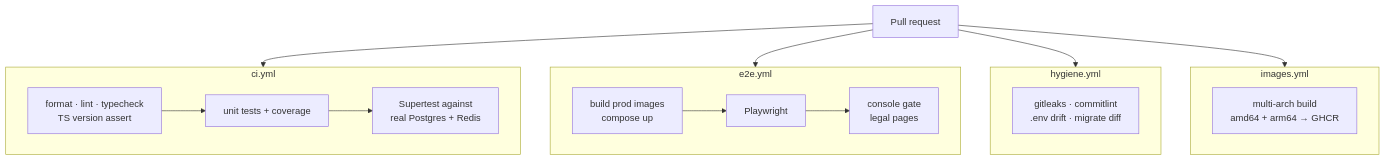
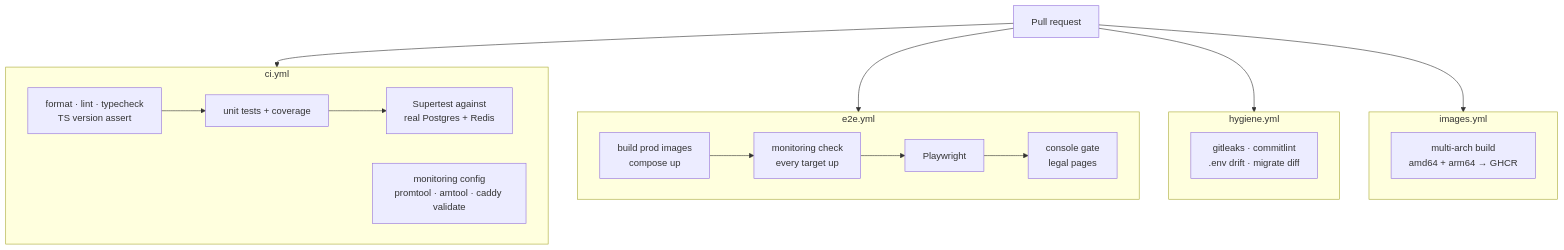
One commit to VictorBro/ft_transcendence changed the fifth of 6 diagrams in docs/ARCHITECTURE.md. Above: the diagram before and after it, drawn with Mermaid. The commit also changed other lines of this file and 77 other files, not shown here.

````diff
--- a/docs/ARCHITECTURE.md
+++ b/docs/ARCHITECTURE.md
@@ -239,20 +288,21 @@
 ```mermaid
 flowchart TB
     pr["Pull request"] --> ci & e2e & hygiene & images
 
     subgraph ci["ci.yml"]
         c1["format · lint · typecheck<br/>TS version assert"] --> c2["unit tests + coverage"] --> c3["Supertest against<br/>real Postgres + Redis"]
+        c4["monitoring config<br/>promtool · amtool · caddy validate"]
     end
 
     subgraph e2e["e2e.yml"]
-        e1["build prod images<br/>compose up"] --> e2["Playwright"] --> e3["console gate<br/>legal pages"]
+        e1["build prod images<br/>compose up"] --> em["monitoring check<br/>every target up"] --> e2["Playwright"] --> e3["console gate<br/>legal pages"]
     end
 
     subgraph hygiene["hygiene.yml"]
         h1["gitleaks · commitlint<br/>.env drift · migrate diff"]
     end
 
     subgraph images["images.yml"]
         i1["multi-arch build<br/>amd64 + arm64 → GHCR"]
     end
 ```
````
